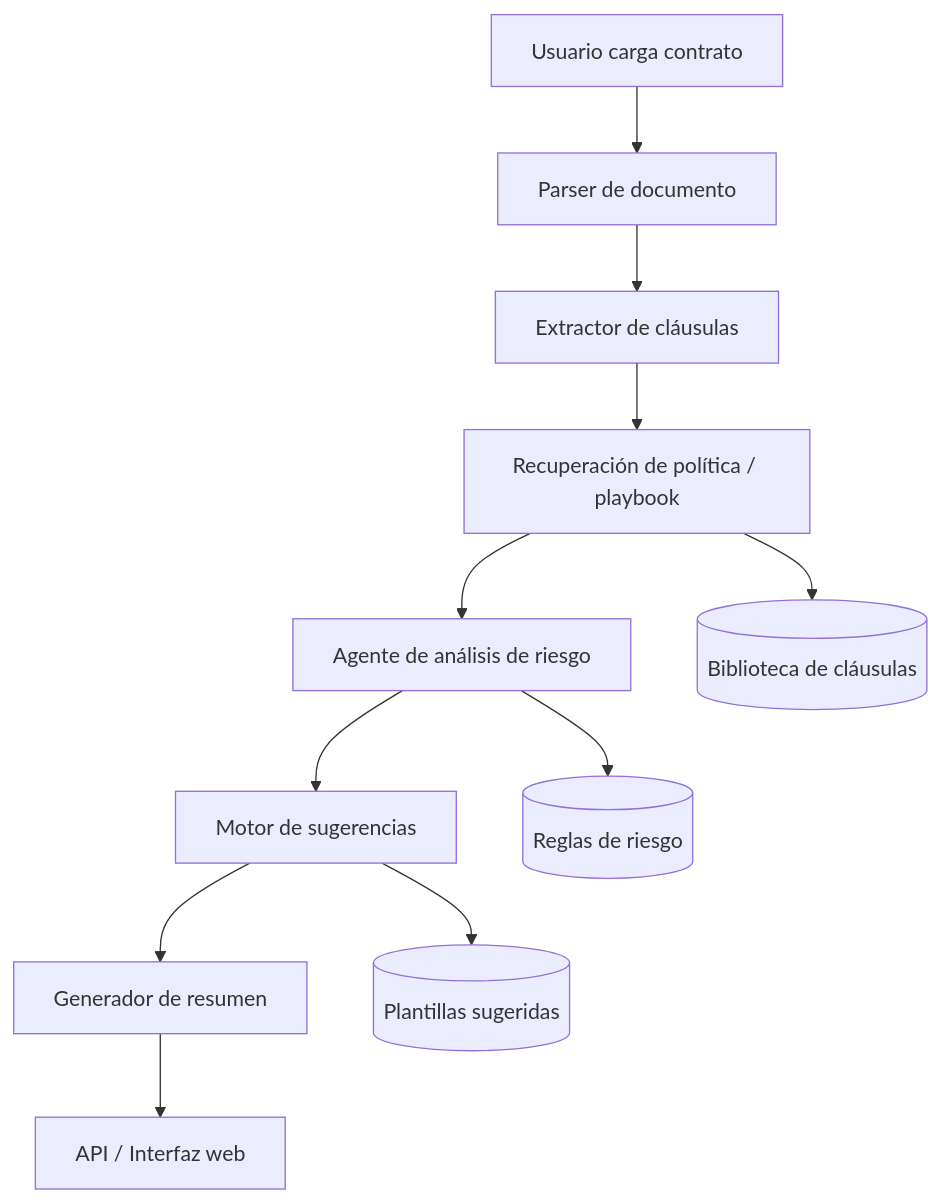
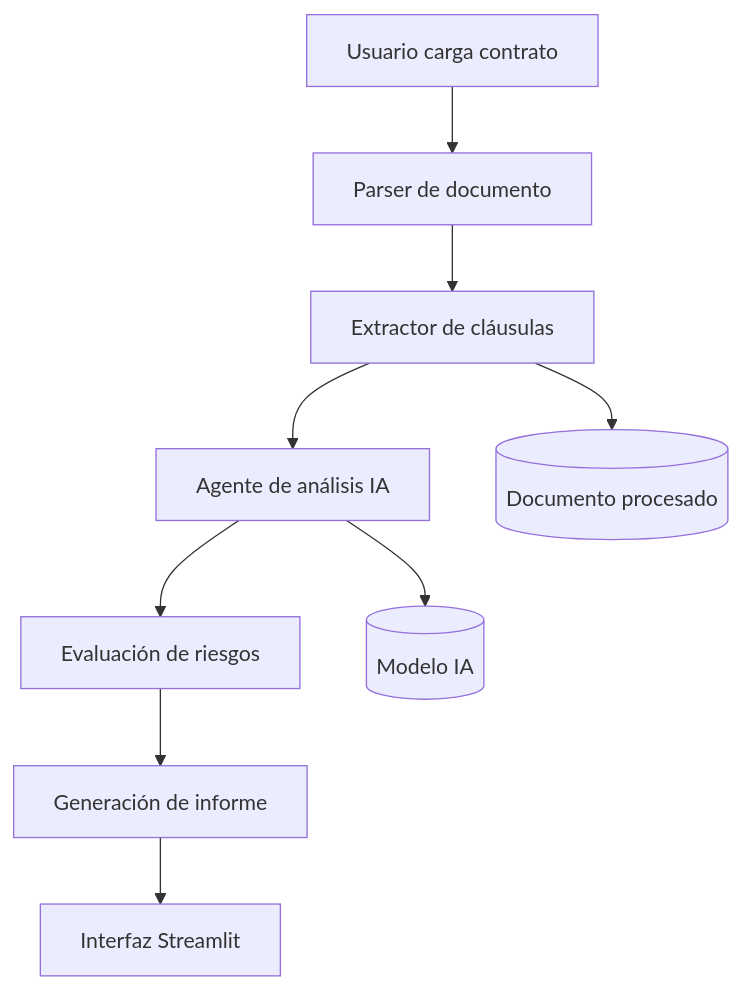
One commit to yasminacarlafernandez/LEX_IA changed the diagram in README.md. Above: the diagram before and after it, drawn with Mermaid. The commit also changed other lines of this file, not shown here.

````diff
--- a/README.md
+++ b/README.md
@@ -84,14 +96,12 @@
 ```mermaid
 flowchart TD
     A[Usuario carga contrato] --> B[Parser de documento]
     B --> C[Extractor de cláusulas]
-    C --> D[Recuperación de política / playbook]
-    D --> E[Agente de análisis de riesgo]
-    E --> F[Motor de sugerencias]
-    F --> G[Generador de resumen]
-    G --> H[API / Interfaz web]
+    C --> D[Agente de análisis IA]
+    D --> E[Evaluación de riesgos]
+    E --> F[Generación de informe]
+    F --> G[Interfaz Streamlit]
 
-    D --> I[(Biblioteca de cláusulas)]
-    E --> J[(Reglas de riesgo)]
-    F --> K[(Plantillas sugeridas)]
+    D --> H[(Modelo IA)]
+    C --> I[(Documento procesado)]
 ```
````
